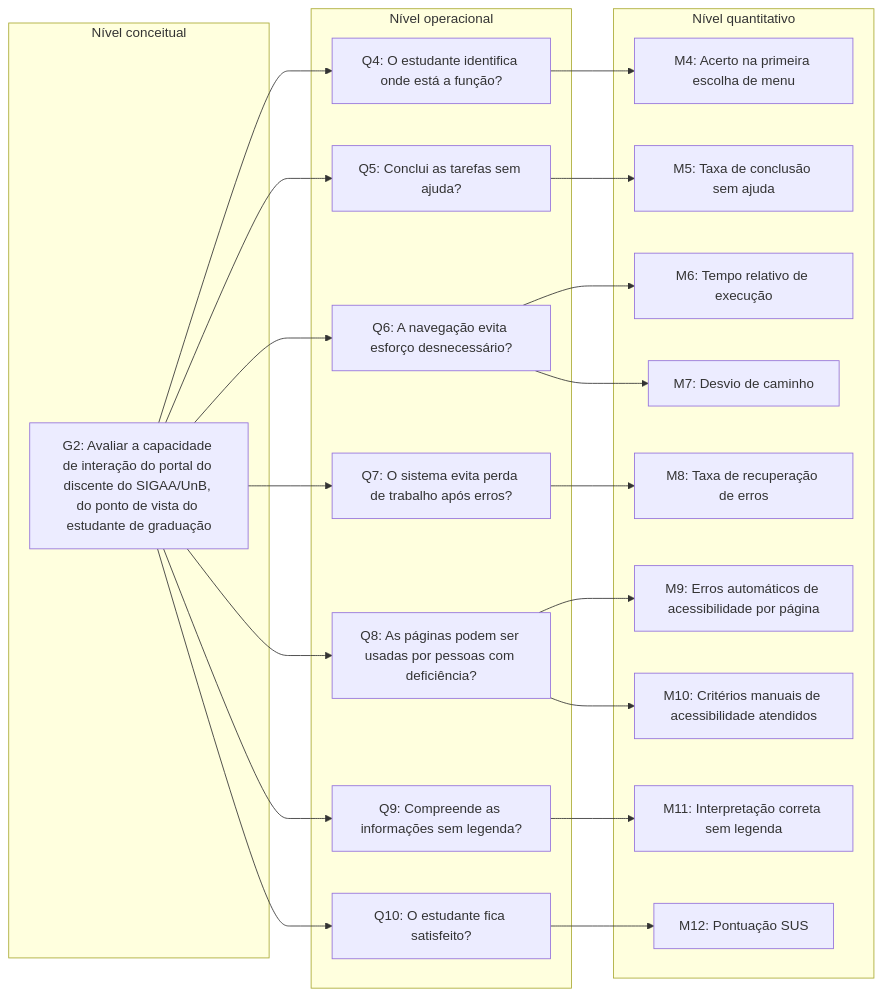
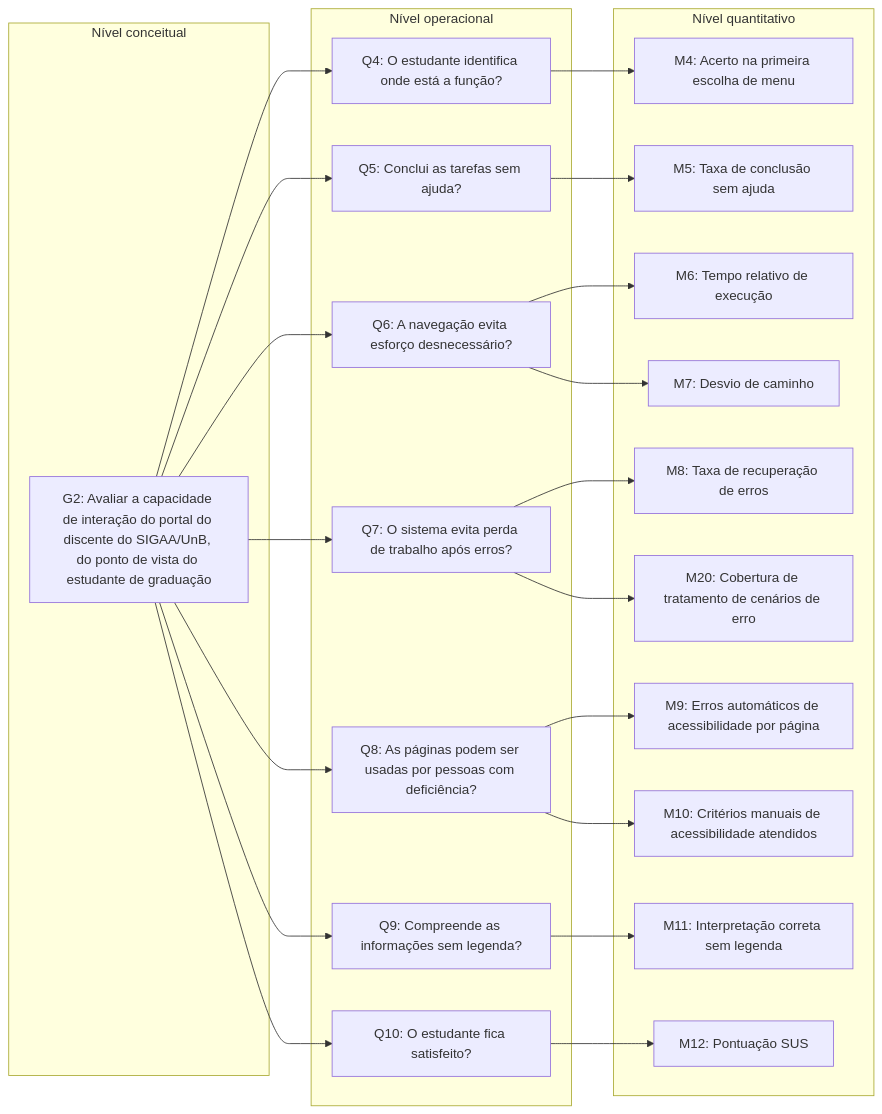
One commit to FCTE-Qualidade-de-Software-1/2026-2_T02_ADELE_GOLDSTINE changed the third of 5 diagrams in docs/fase-2/grafico-gqm.md. Above: the diagram before and after it, drawn with Mermaid. The commit also changed other lines of this file, not shown here.

````diff
--- a/docs/fase-2/grafico-gqm.md
+++ b/docs/fase-2/grafico-gqm.md
@@ -103,34 +104,35 @@
 ```mermaid
 flowchart LR
     subgraph C["Nível conceitual"]
         G2["G2: Avaliar a capacidade de interação do portal do discente do SIGAA/UnB, do ponto de vista do estudante de graduação"]
     end
     subgraph O["Nível operacional"]
         Q4["Q4: O estudante identifica onde está a função?"]
         Q5["Q5: Conclui as tarefas sem ajuda?"]
         Q6["Q6: A navegação evita esforço desnecessário?"]
         Q7["Q7: O sistema evita perda de trabalho após erros?"]
         Q8["Q8: As páginas podem ser usadas por pessoas com deficiência?"]
         Q9["Q9: Compreende as informações sem legenda?"]
         Q10["Q10: O estudante fica satisfeito?"]
     end
     subgraph Qt["Nível quantitativo"]
         M4["M4: Acerto na primeira escolha de menu"]
         M5["M5: Taxa de conclusão sem ajuda"]
         M6["M6: Tempo relativo de execução"]
         M7["M7: Desvio de caminho"]
         M8["M8: Taxa de recuperação de erros"]
         M9["M9: Erros automáticos de acessibilidade por página"]
         M10["M10: Critérios manuais de acessibilidade atendidos"]
         M11["M11: Interpretação correta sem legenda"]
         M12["M12: Pontuação SUS"]
+        M20["M20: Cobertura de tratamento de cenários de erro"]
     end
     G2 --> Q4 & Q5 & Q6 & Q7 & Q8 & Q9 & Q10
     Q4 --> M4
     Q5 --> M5
     Q6 --> M6 & M7
-    Q7 --> M8
+    Q7 --> M8 & M20
     Q8 --> M9 & M10
     Q9 --> M11
     Q10 --> M12
 ```
````
